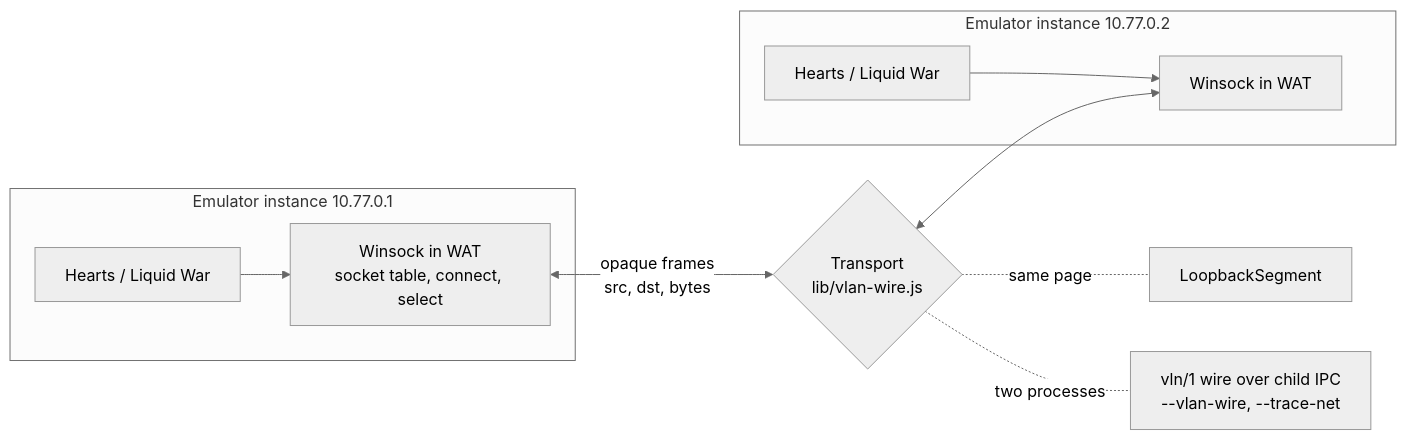
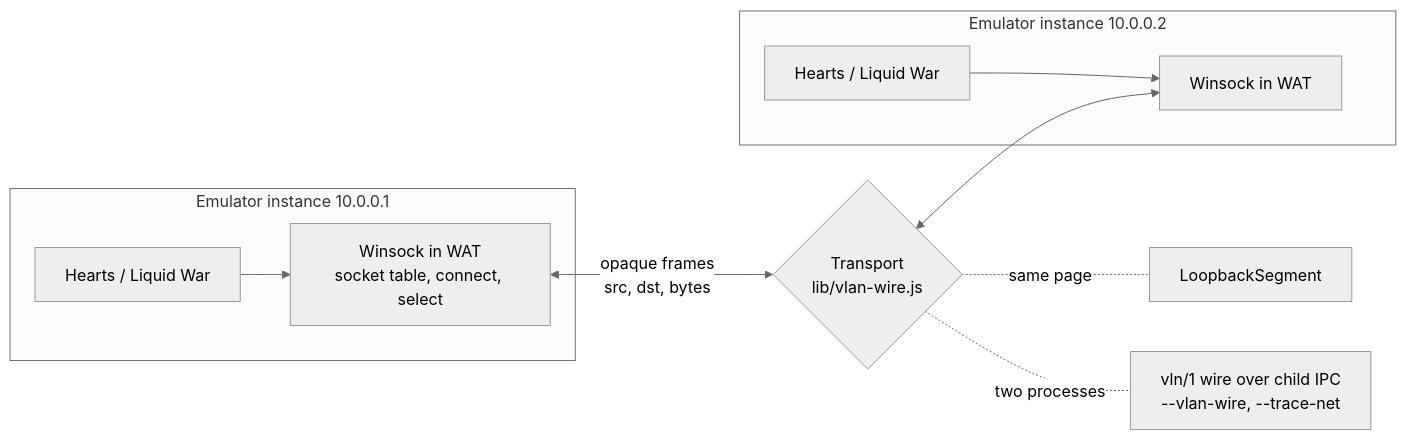
Before and after one commit to codebutler/wine-assembly: the diagram in articles/virtual-lan-multiplayer-in-the-browser.md, drawn with Mermaid (neutral theme). The commit also changed other lines of this file and 23 other files, not shown here.

````diff
--- a/articles/virtual-lan-multiplayer-in-the-browser.md
+++ b/articles/virtual-lan-multiplayer-in-the-browser.md
@@ -15,13 +15,13 @@
 ```mermaid
 flowchart LR
-    subgraph A["Emulator instance 10.77.0.1"]
+    subgraph A["Emulator instance 10.0.0.1"]
         GA["Hearts / Liquid War"] --> WSA["Winsock in WAT<br/>socket table, connect, select"]
     end
-    subgraph B["Emulator instance 10.77.0.2"]
+    subgraph B["Emulator instance 10.0.0.2"]
         GB["Hearts / Liquid War"] --> WSB["Winsock in WAT"]
     end
     WSA <-->|"opaque frames<br/>src, dst, bytes"| T{"Transport<br/>lib/vlan-wire.js"}
     T <--> WSB
     T -.-|"same page"| LB["LoopbackSegment"]
     T -.-|"two processes"| WIRE["vln/1 wire over child IPC<br/>--vlan-wire, --trace-net"]
 ```
````
